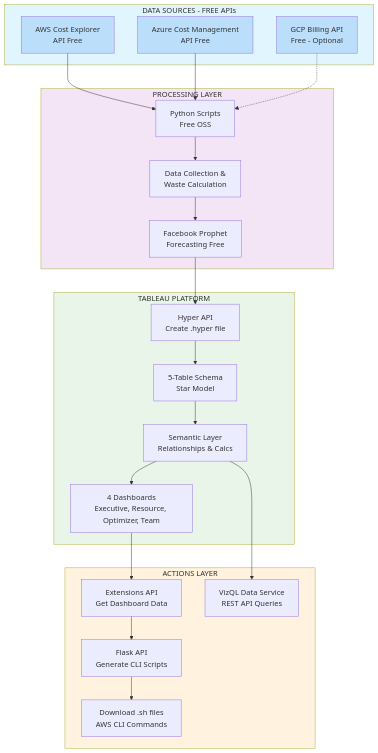
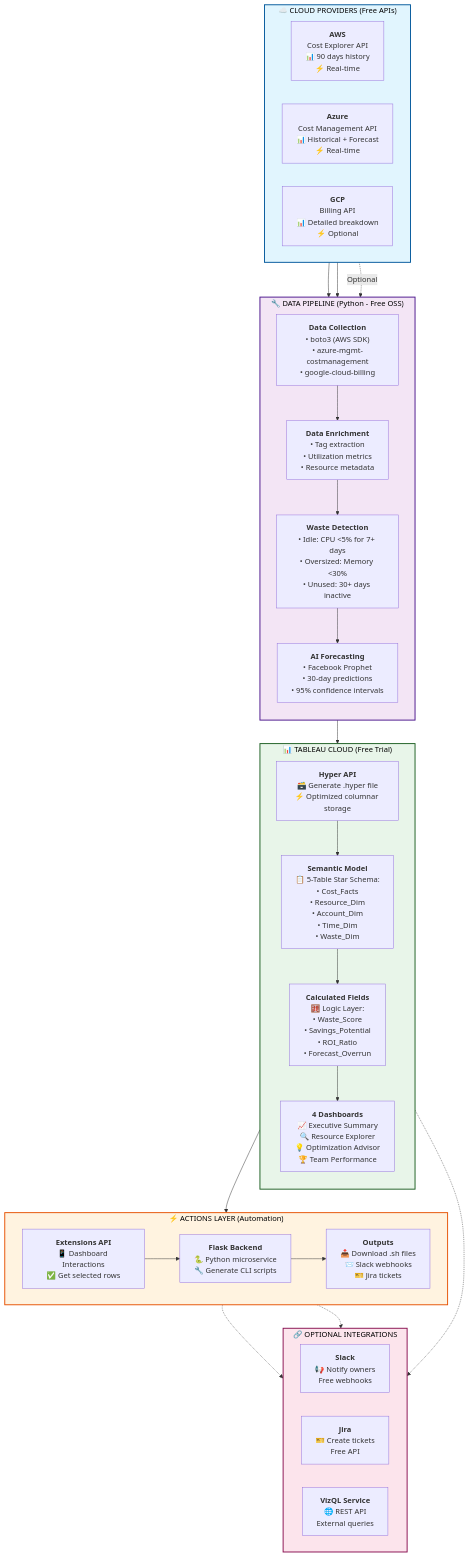
One commit to SuchithraChandrasekaran/cloudcost-tracker changed the first of 5 diagrams in README.md. Above: the diagram before and after it, drawn with Mermaid. The commit also changed other lines of this file, not shown here.

````diff
--- a/README.md
+++ b/README.md
@@ -93,54 +95,72 @@
 ```mermaid
-
-flowchart TD
-    subgraph A [DATA SOURCES - FREE APIs]
-        A1[AWS Cost Explorer<br/>API Free]
-        A2[Azure Cost Management<br/>API Free] 
-        A3[GCP Billing API<br/>Free - Optional]
+flowchart TB
+    subgraph cloud ["☁️ CLOUD PROVIDERS (Free APIs)"]
+        direction LR
+        aws["<b>AWS</b><br/>Cost Explorer API<br/>📊 90 days history<br/>⚡ Real-time"]
+        azure["<b>Azure</b><br/>Cost Management API<br/>📊 Historical + Forecast<br/>⚡ Real-time"]
+        gcp["<b>GCP</b><br/>Billing API<br/>📊 Detailed breakdown<br/>⚡ Optional"]
     end
 
-    subgraph B [PROCESSING LAYER ]
-        B1[Python Scripts<br/>Free OSS]
-        B2[Data Collection &<br/>Waste Calculation]
-        B3[Facebook Prophet<br/>Forecasting Free]
+    subgraph pipeline ["🔧 DATA PIPELINE (Python - Free OSS)"]
+        direction TB
+        collect["<b>Data Collection</b><br/>• boto3 (AWS SDK)<br/>• azure-mgmt-costmanagement<br/>• google-cloud-billing"]
+        enrich["<b>Data Enrichment</b><br/>• Tag extraction<br/>• Utilization metrics<br/>• Resource metadata"]
+        waste["<b>Waste Detection</b><br/>• Idle: CPU <5% for 7+ days<br/>• Oversized: Memory <30%<br/>• Unused: 30+ days inactive"]
+        forecast["<b>AI Forecasting</b><br/>• Facebook Prophet<br/>• 30-day predictions<br/>• 95% confidence intervals"]
     end
 
-    subgraph C [TABLEAU PLATFORM ]
-        C1[Hyper API<br/>Create .hyper file]
-        C2[5-Table Schema<br/>Star Model]
-        C3[Semantic Layer<br/>Relationships & Calcs]
-        C4[4 Dashboards<br/>Executive, Resource, Optimizer, Team]
+    subgraph tableau ["📊 TABLEAU CLOUD (Free Trial)"]
+        direction TB
+        hyper["<b>Hyper API</b><br/>🗃️ Generate .hyper file<br/>⚡ Optimized columnar storage"]
+        schema["<b>Semantic Model</b><br/>📋 5-Table Star Schema:<br/>• Cost_Facts<br/>• Resource_Dim<br/>• Account_Dim<br/>• Time_Dim<br/>• Waste_Dim"]
+        calcs["<b>Calculated Fields</b><br/>🧮 Logic Layer:<br/>• Waste_Score<br/>• Savings_Potential<br/>• ROI_Ratio<br/>• Forecast_Overrun"]
+        viz["<b>4 Dashboards</b><br/>📈 Executive Summary<br/>🔍 Resource Explorer<br/>💡 Optimization Advisor<br/>🏆 Team Performance"]
     end
 
-    subgraph D [ACTIONS LAYER ]
-        D1[Extensions API<br/>Get Dashboard Data]
-        D2[Flask API<br/>Generate CLI Scripts]
-        D3[VizQL Data Service<br/>REST API Queries]
-        D4[Download .sh files<br/>AWS CLI Commands]
+    subgraph actions ["⚡ ACTIONS LAYER (Automation)"]
+        direction LR
+        ext["<b>Extensions API</b><br/>📱 Dashboard Interactions<br/>✅ Get selected rows"]
+        flask["<b>Flask Backend</b><br/>🐍 Python microservice<br/>🔧 Generate CLI scripts"]
+        outputs["<b>Outputs</b><br/>📥 Download .sh files<br/>📨 Slack webhooks<br/>🎫 Jira tickets"]
     end
 
-    A1 --> B1
-    A2 --> B1
-    A3 -.-> B1
+    subgraph integrations ["🔗 OPTIONAL INTEGRATIONS"]
+        direction LR
+        slack["<b>Slack</b><br/>📢 Notify owners<br/>Free webhooks"]
+        jira["<b>Jira</b><br/>🎫 Create tickets<br/>Free API"]
+        vizql["<b>VizQL Service</b><br/>🌐 REST API<br/>External queries"]
+    end
+
+    aws --> collect
+    azure --> collect
+    gcp -.->|Optional| collect
     
-    B1 --> B2
-    B2 --> B3
-    B3 --> C1
+    collect --> enrich
+    enrich --> waste
+    waste --> forecast
+    forecast --> hyper
     
-    C1 --> C2
-    C2 --> C3
-    C3 --> C4
+    hyper --> schema
+    schema --> calcs
+    calcs --> viz
     
-    C4 --> D1
-    D1 --> D2
-    D2 --> D4
-    C3 --> D3
+    viz --> ext
+    ext --> flask
+    flask --> outputs
+    
+    outputs -.-> slack
+    outputs -.-> jira
+    viz -.-> vizql
 
-    style A fill:#e1f5fe
-    style B fill:#f3e5f5
-    style C fill:#e8f5e8
-    style D fill:#fff3e0
-    style A1 fill:#bbdefb
-    style A2 fill:#bbdefb
-    style A3 fill:#bbdefb
+    classDef cloudStyle fill:#e1f5fe,stroke:#01579b,stroke-width:2px,color:#000
+    classDef pipelineStyle fill:#f3e5f5,stroke:#4a148c,stroke-width:2px,color:#000
+    classDef tableauStyle fill:#e8f5e9,stroke:#1b5e20,stroke-width:2px,color:#000
+    classDef actionsStyle fill:#fff3e0,stroke:#e65100,stroke-width:2px,color:#000
+    classDef integrationsStyle fill:#fce4ec,stroke:#880e4f,stroke-width:2px,color:#000
+
+    class cloud cloudStyle
+    class pipeline pipelineStyle
+    class tableau tableauStyle
+    class actions actionsStyle
+    class integrations integrationsStyle
 ```
````
